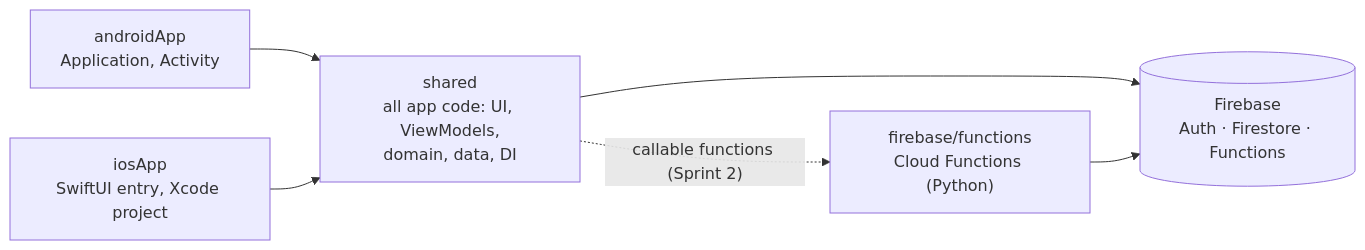
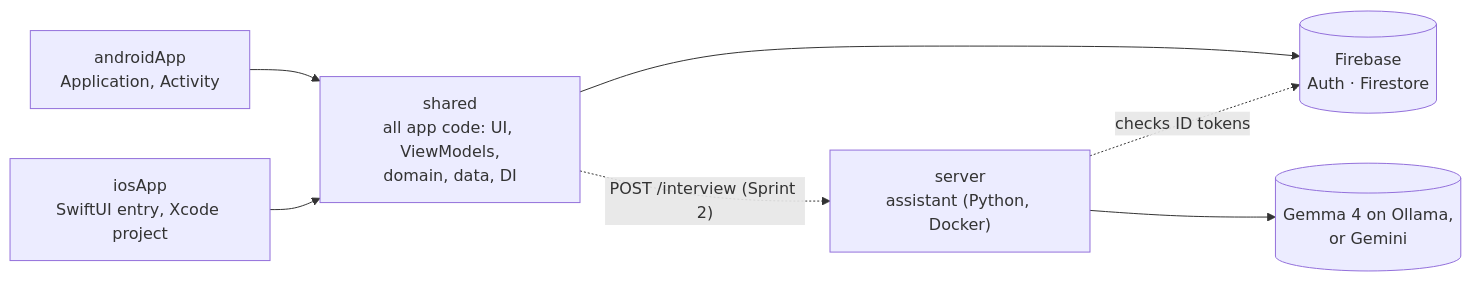
The first of 4 diagrams in docs/architecture/overview.md (Erkko68/orbit), drawn with Mermaid before and after one commit. The commit also changed other lines of this file and 35 other files, not shown here.

First line of the commit message:
refactor(ai): serve the assistant from our own server in Docker (#263)

````diff
--- a/docs/architecture/overview.md
+++ b/docs/architecture/overview.md
@@ -5,8 +5,9 @@
 ```mermaid
 flowchart LR
     android["androidApp<br/>Application, Activity"] --> shared
     ios["iosApp<br/>SwiftUI entry, Xcode project"] --> shared
-    shared["shared<br/>all app code: UI, ViewModels,<br/>domain, data, DI"] --> firebase[("Firebase<br/>Auth · Firestore · Functions")]
-    functions["firebase/functions<br/>Cloud Functions (Python)"] --> firebase
-    shared -. "callable functions (Sprint 2)" .-> functions
+    shared["shared<br/>all app code: UI, ViewModels,<br/>domain, data, DI"] --> firebase[("Firebase<br/>Auth · Firestore")]
+    server["server<br/>assistant (Python, Docker)"] --> model[("Gemma 4 on Ollama,<br/>or Gemini")]
+    server -. "checks ID tokens" .-> firebase
+    shared -. "POST /interview (Sprint 2)" .-> server
 ```
````
